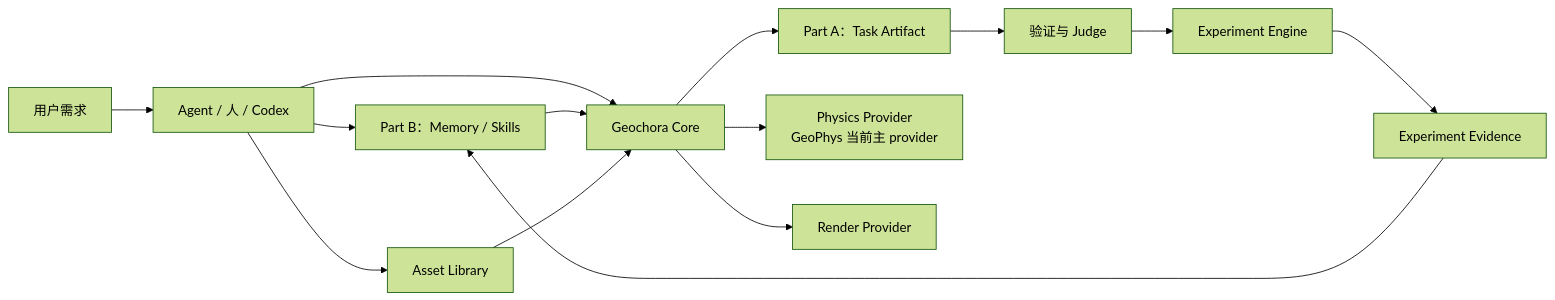
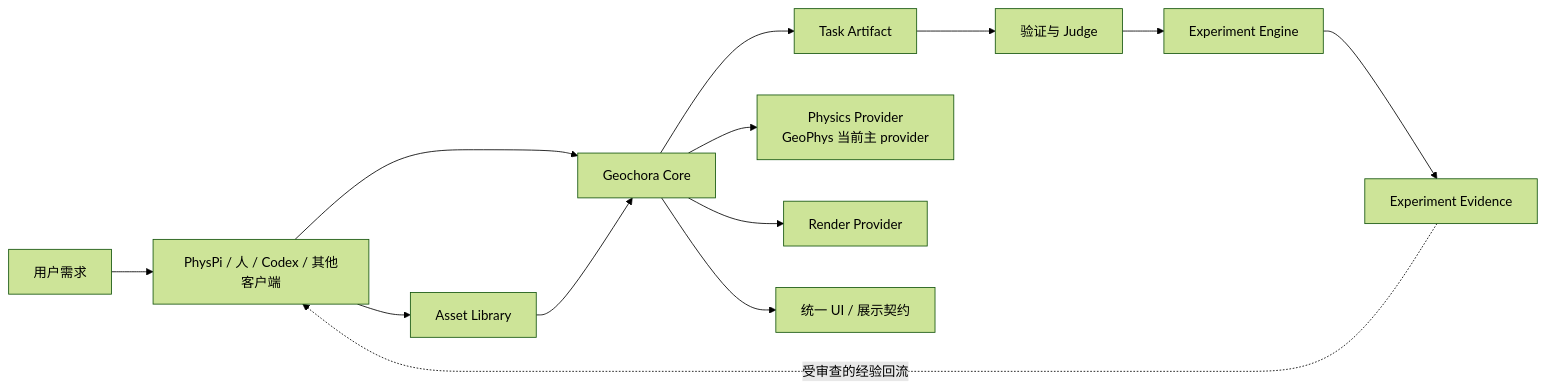
The diagram in README.md (Lebingelee/GeoChora), drawn with Mermaid (forest theme) before and after one commit. The commit also changed other lines of this file and 8 other files, not shown here.

Commit message:
docs: clarify Geochora and PhysPi boundaries

````diff
--- a/README.md
+++ b/README.md
@@ -26,16 +27,15 @@
 ```mermaid
 flowchart LR
-    Requirement[用户需求] --> Agent[Agent / 人 / Codex]
-    Agent --> Memory[Part B：Memory / Skills]
-    Agent --> Assets[Asset Library]
-    Agent --> Core[Geochora Core]
-    Memory --> Core
+    Requirement[用户需求] --> Client[PhysPi / 人 / Codex / 其他客户端]
+    Client --> Core[Geochora Core]
     Assets --> Core
-    Core --> Artifact[Part A：Task Artifact]
+    Client --> Assets[Asset Library]
+    Core --> Artifact[Task Artifact]
     Artifact --> Validate[验证与 Judge]
     Validate --> Experiment[Experiment Engine]
     Experiment --> Evidence[Experiment Evidence]
-    Evidence --> Memory
+    Evidence -.受审查的经验回流.-> Client
     Core --> Physics[Physics Provider\nGeoPhys 当前主 provider]
     Core --> Render[Render Provider]
+    Core --> UI[统一 UI / 展示契约]
 ```
````
